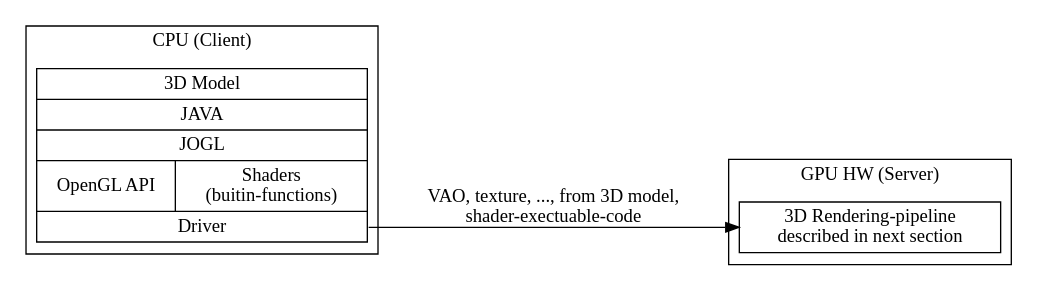
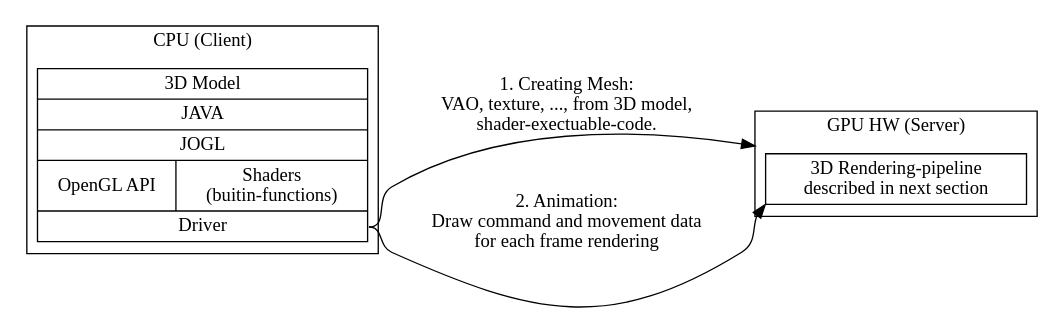
The diagram in Fig/gpu/graphic-sw-stack.gv (Jonathan2251/lbd), drawn with Graphviz before and after one commit. The commit also changed 2 other files, not shown here.

Commit message:
gpu.rst: pc-lcd.png, refine 'section Graphics HW and SW Stack'

```diff
--- a/Fig/gpu/graphic-sw-stack.gv
+++ b/Fig/gpu/graphic-sw-stack.gv
@@ -1,17 +1,18 @@
 digraph G {
   rankdir=LR;
   
   compound=true;
   node [shape=record];
   subgraph cluster_cpu {
     label = "CPU (Client)";
     CPU_SW [label=" 3D Model | JAVA | JOGL | { OpenGL API | Shaders \n (buitin-functions)} | <f1> Driver"];
   }
   subgraph cluster_gpu {
     label = "GPU HW (Server)"
     GPU_SW [label="<f1> 3D Rendering-pipeline \ndescribed in next section"];
   }
-  CPU_SW:f1 -> GPU_SW:f1 [label=" VAO, texture, ..., from 3D model, \n shader-exectuable-code"];
+  CPU_SW:f1 -> GPU_SW [lhead ="cluster_gpu", label="1. Creating Mesh:\nVAO, texture, ..., from 3D model, \n shader-exectuable-code."];
+  CPU_SW:f1 -> GPU_SW:f1 [label="2. Animation: \nDraw command and movement data \nfor each frame rendering"];
     
 //  label = "Graphic SW Stack";
 }
```
